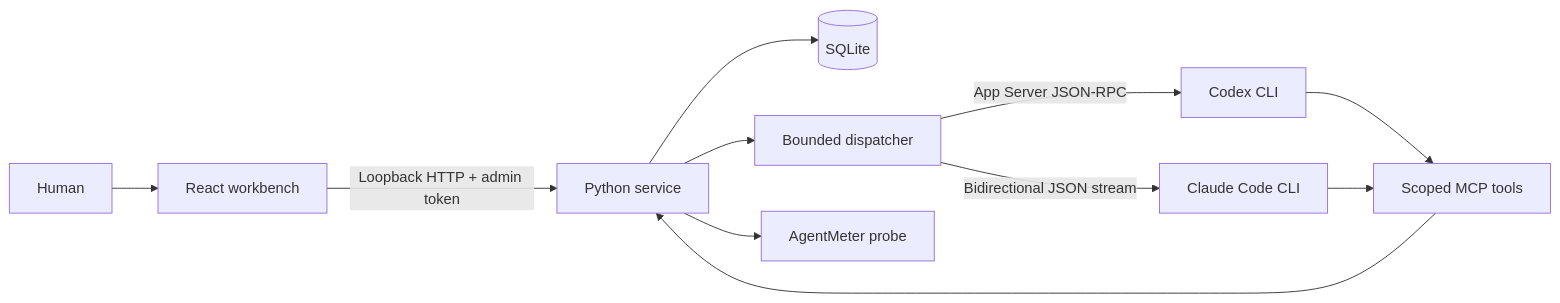
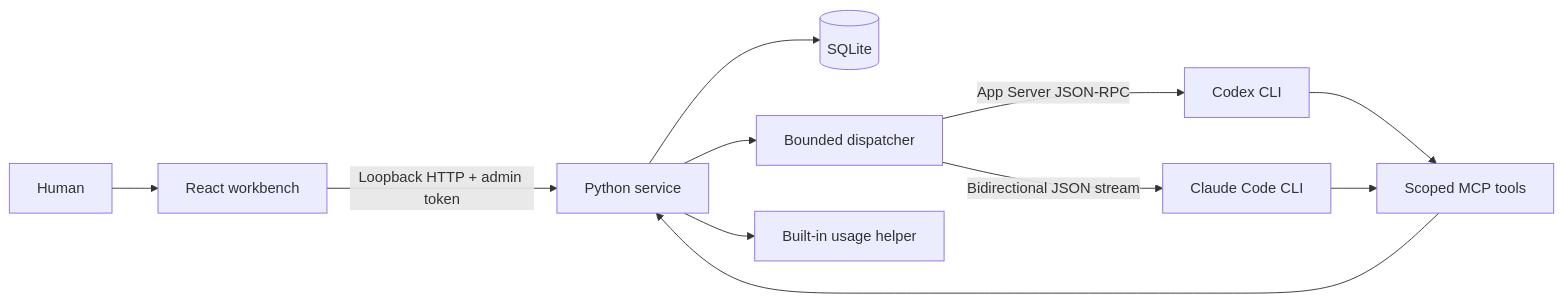
One commit to NginxL/AgentDock changed the first of 3 diagrams in docs/ARCHITECTURE.md. Above: the diagram before and after it, drawn with Mermaid. The commit also changed other lines of this file and 40 other files, not shown here.

First line of the commit message:
Add a macOS desktop app with built-in usage readers

````diff
--- a/docs/ARCHITECTURE.md
+++ b/docs/ARCHITECTURE.md
@@ -9,13 +9,13 @@
 ```mermaid
 flowchart LR
   Human[Human] --> UI[React workbench]
   UI -->|Loopback HTTP + admin token| API[Python service]
   API --> DB[(SQLite)]
   API --> Queue[Bounded dispatcher]
   Queue -->|App Server JSON-RPC| Codex[Codex CLI]
   Queue -->|Bidirectional JSON stream| Claude[Claude Code CLI]
   Codex --> MCP[Scoped MCP tools]
   Claude --> MCP
   MCP --> API
-  API --> Meter[AgentMeter probe]
+  API --> Meter[Built-in usage helper]
 ```
````
